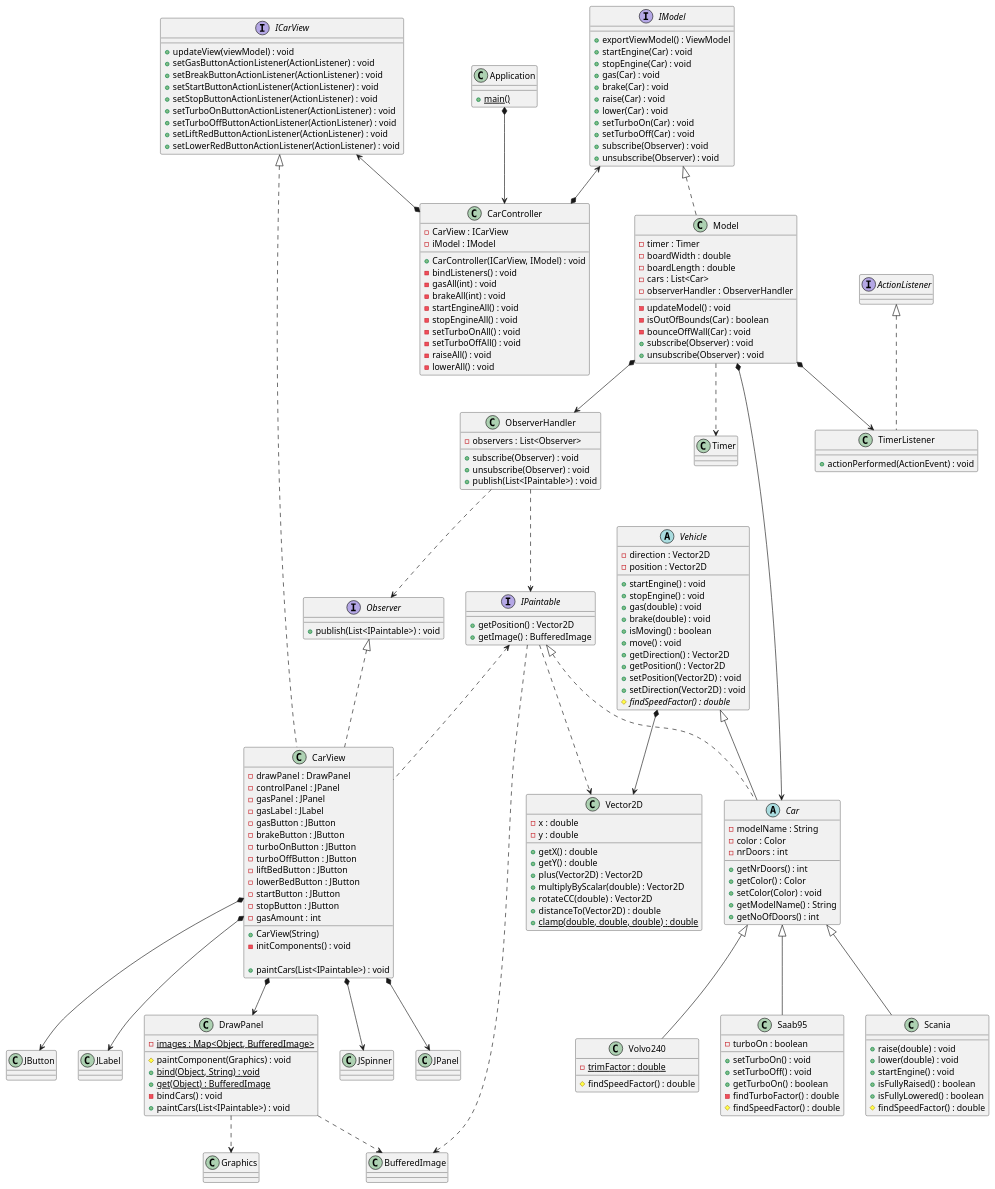
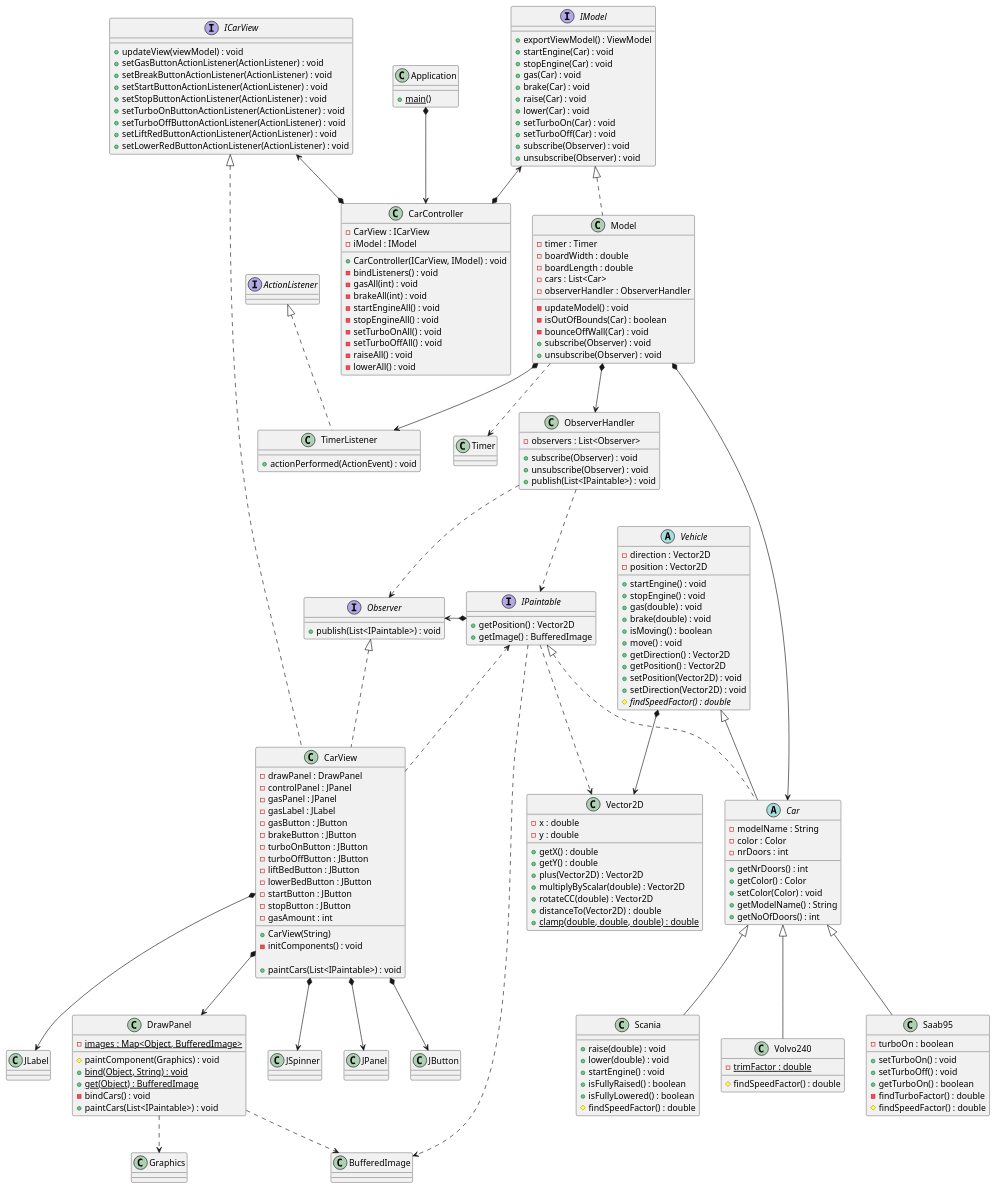
Before and after one commit to Yogaledare/dit953-lab2: the diagram in src/Uppg4-edit.puml, drawn with PlantUML. The commit also changed 1 other file, not shown here.

```diff
--- a/src/Uppg4-edit.puml
+++ b/src/Uppg4-edit.puml
@@ -225,6 +225,8 @@
 + publish(List<IPaintable>) : void
 }
 
+Observer <-* IPaintable
+
 class ObserverHandler{
 - observers : List<Observer>
 + subscribe(Observer) : void
```
